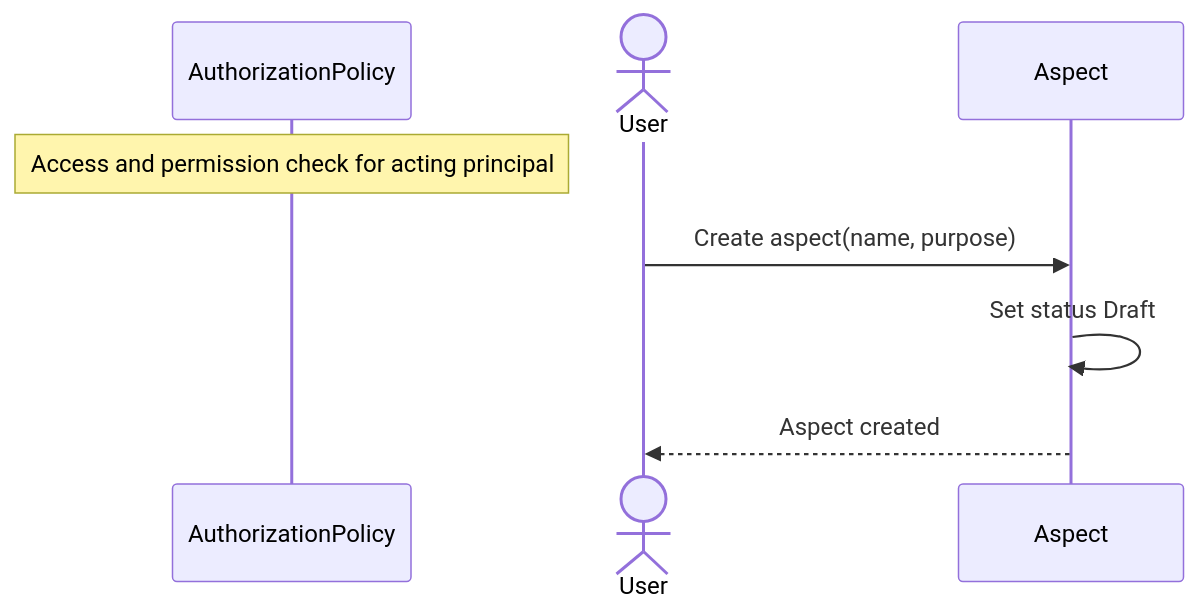
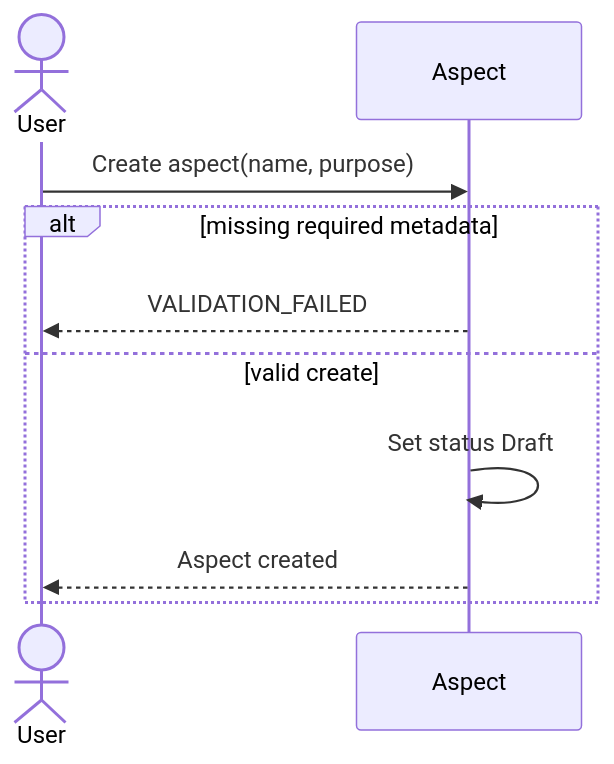
The first of 13 diagrams in architecture/sequence-diagrams/02-aspects-milestones.md (ChidiRnweke/margin), drawn with Mermaid before and after one commit. The commit also changed other lines of this file and 12 other files, not shown here.

Commit message:
Enhance sequence diagrams and introduce traceability matrix

````diff
--- a/architecture/sequence-diagrams/02-aspects-milestones.md
+++ b/architecture/sequence-diagrams/02-aspects-milestones.md
@@ -6,10 +9,12 @@
 ```mermaid
 sequenceDiagram
-    participant G as AuthorizationPolicy
-    Note over G: Access and permission check for acting principal
     actor U as User
     participant A as Aspect
     U->>A: Create aspect(name, purpose)
-    A->>A: Set status Draft
-    A-->>U: Aspect created
+    alt missing required metadata
+        A-->>U: VALIDATION_FAILED
+    else valid create
+        A->>A: Set status Draft
+        A-->>U: Aspect created
+    end
 ```
````
